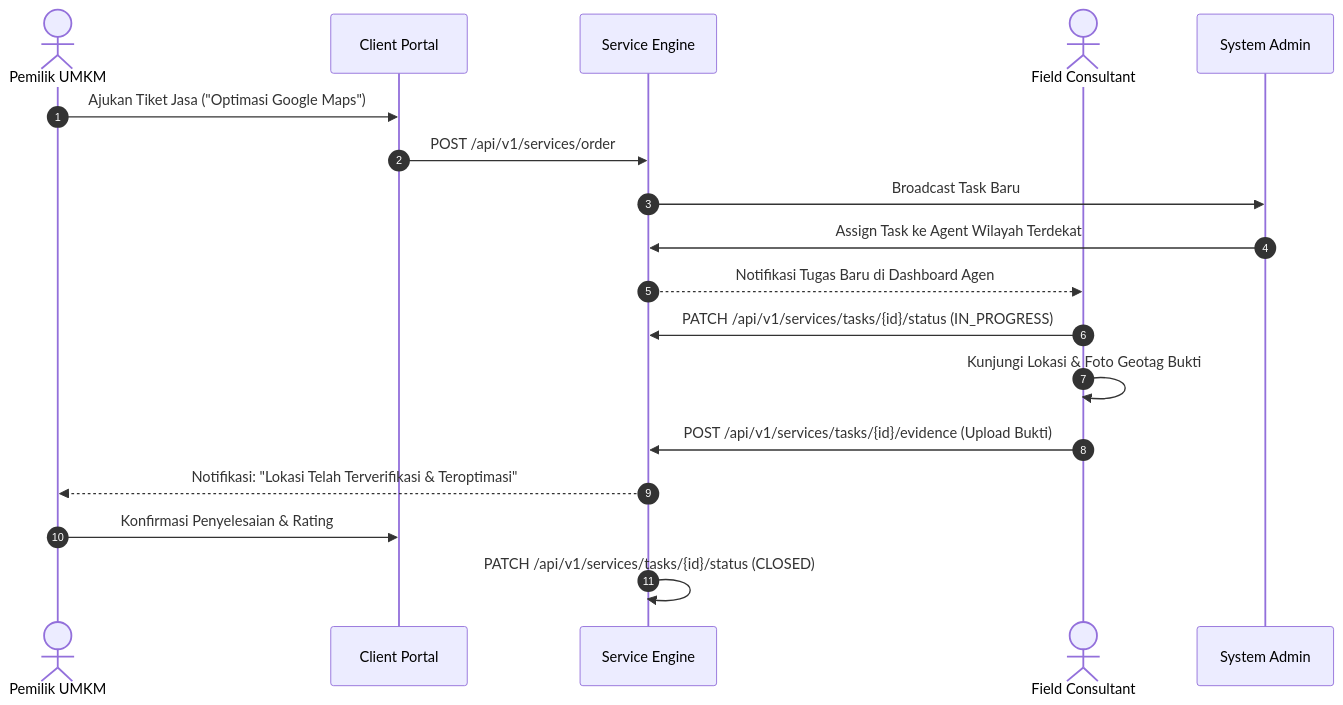
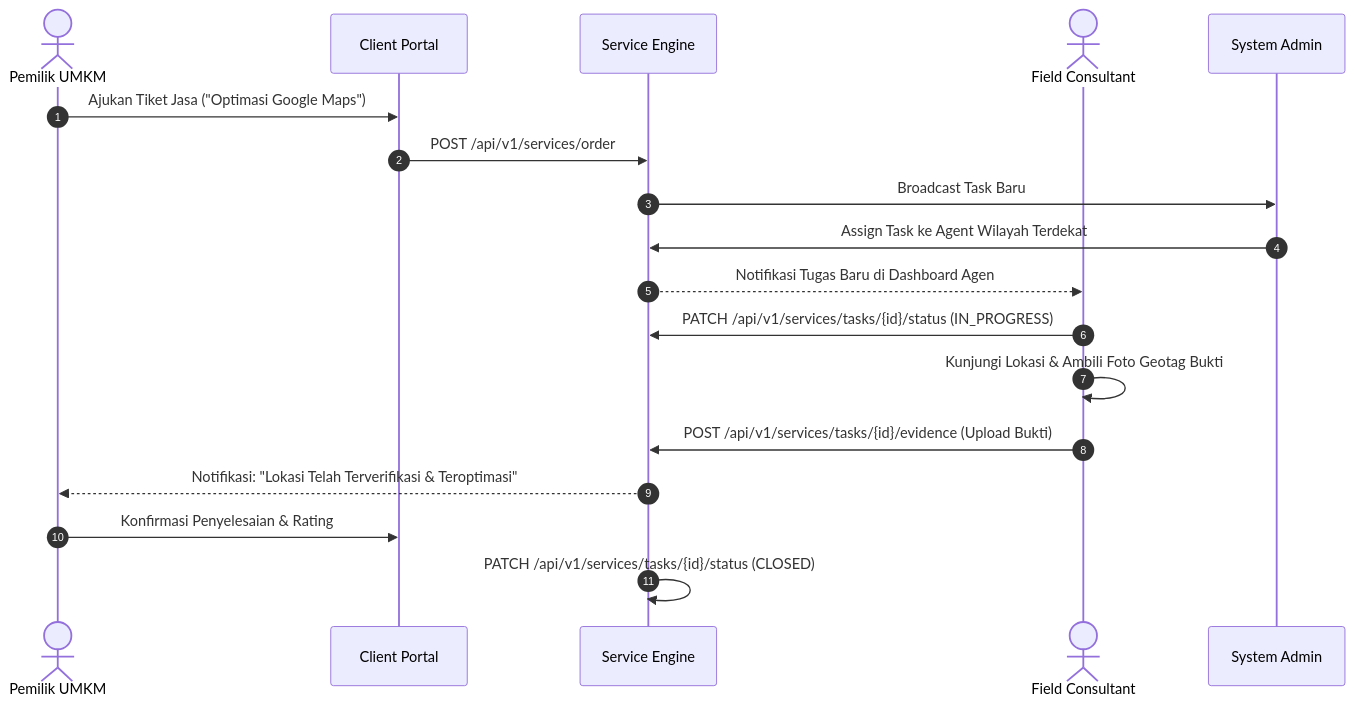
One commit to Raskzor/umkm changed the fifth of 6 diagrams in docs/USER_FLOWS.md. Above: the diagram before and after it, drawn with Mermaid. The commit also changed other lines of this file and 4 other files, not shown here.

Commit message:
docs: expand system requirements, user flows, architecture, and RBAC documentation

````diff
--- a/docs/USER_FLOWS.md
+++ b/docs/USER_FLOWS.md
@@ -30,22 +90,22 @@
 ```mermaid
 sequenceDiagram
     autonumber
     actor UMKM as Pemilik UMKM
     participant App as Client Portal
     participant Service as Service Engine
     actor Agent as Field Consultant
     participant Admin as System Admin
 
     UMKM->>App: Ajukan Tiket Jasa ("Optimasi Google Maps")
     App->>Service: POST /api/v1/services/order
     Service->>Admin: Broadcast Task Baru
     Admin->>Service: Assign Task ke Agent Wilayah Terdekat
     Service-->>Agent: Notifikasi Tugas Baru di Dashboard Agen
 
     Agent->>Service: PATCH /api/v1/services/tasks/{id}/status (IN_PROGRESS)
-    Agent->>Agent: Kunjungi Lokasi & Foto Geotag Bukti
+    Agent->>Agent: Kunjungi Lokasi & Ambili Foto Geotag Bukti
     Agent->>Service: POST /api/v1/services/tasks/{id}/evidence (Upload Bukti)
     Service-->>UMKM: Notifikasi: "Lokasi Telah Terverifikasi & Teroptimasi"
     UMKM->>App: Konfirmasi Penyelesaian & Rating
     Service->>Service: PATCH /api/v1/services/tasks/{id}/status (CLOSED)
 ```
````
